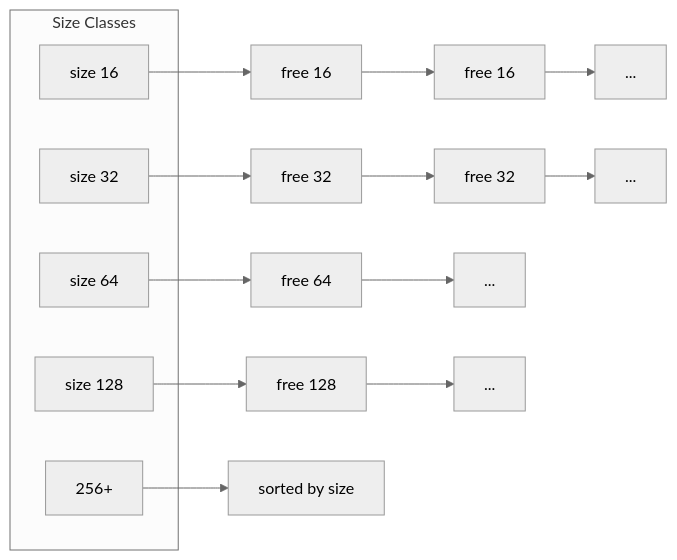
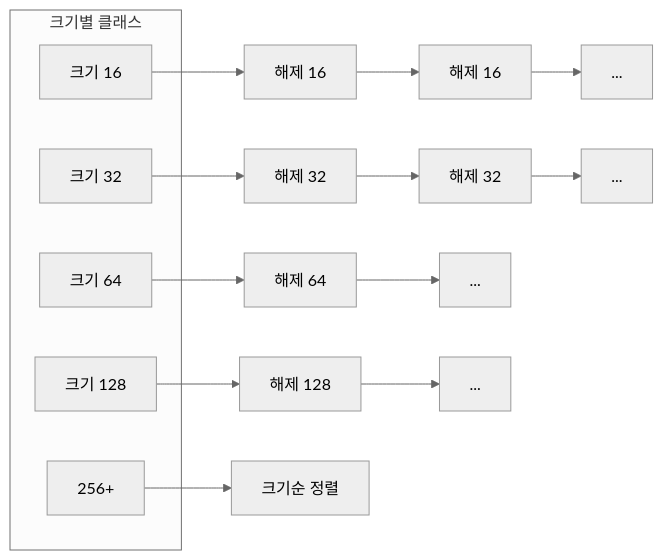
Before and after one commit to Jungle-12-303/wk07_6: the second of 2 diagrams in docs/blog/concepts/16-heap-allocator-internals.md, drawn with Mermaid (neutral theme). The commit also changed other lines of this file and 26 other files, not shown here.

First line of the commit message:
docs: 블로그 소제목·Mermaid·ASCII 박스 가독성 정비

````diff
--- a/docs/blog/concepts/16-heap-allocator-internals.md
+++ b/docs/blog/concepts/16-heap-allocator-internals.md
@@ -84,15 +84,15 @@
 ```mermaid
 graph LR
-    subgraph Size Classes
-        C16["size 16"]
-        C32["size 32"]
-        C64["size 64"]
-        C128["size 128"]
+    subgraph 크기_클래스["크기별 클래스"]
+        C16["크기 16"]
+        C32["크기 32"]
+        C64["크기 64"]
+        C128["크기 128"]
         CBig["256+"]
     end
-    C16 --> a1[free 16] --> a2[free 16] --> a3[...]
-    C32 --> b1[free 32] --> b2[free 32] --> b3[...]
-    C64 --> c1[free 64] --> c2[...]
-    C128 --> d1[free 128] --> d2[...]
-    CBig --> e1[sorted by size]
+    C16 --> a1[해제 16] --> a2[해제 16] --> a3[...]
+    C32 --> b1[해제 32] --> b2[해제 32] --> b3[...]
+    C64 --> c1[해제 64] --> c2[...]
+    C128 --> d1[해제 128] --> d2[...]
+    CBig --> e1[크기순 정렬]
 ```
````
